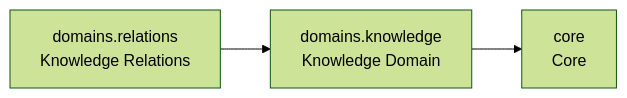
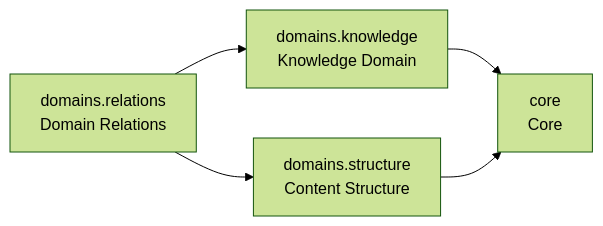
One commit to cj-mills/cjm-graph-domains changed the diagram in README.md. Above: the diagram before and after it, drawn with Mermaid (forest theme). The commit also changed other lines of this file and 7 other files, not shown here.

Commit message:
Add domain schemas for content structure.

````diff
--- a/README.md
+++ b/README.md
@@ -24,9 +25,12 @@
 ``` mermaid
 graph LR
     core[core<br/>Core]
     domains_knowledge[domains.knowledge<br/>Knowledge Domain]
-    domains_relations[domains.relations<br/>Knowledge Relations]
+    domains_relations[domains.relations<br/>Domain Relations]
+    domains_structure[domains.structure<br/>Content Structure]
 
     domains_knowledge --> core
+    domains_relations --> domains_structure
     domains_relations --> domains_knowledge
+    domains_structure --> core
 ```
````
